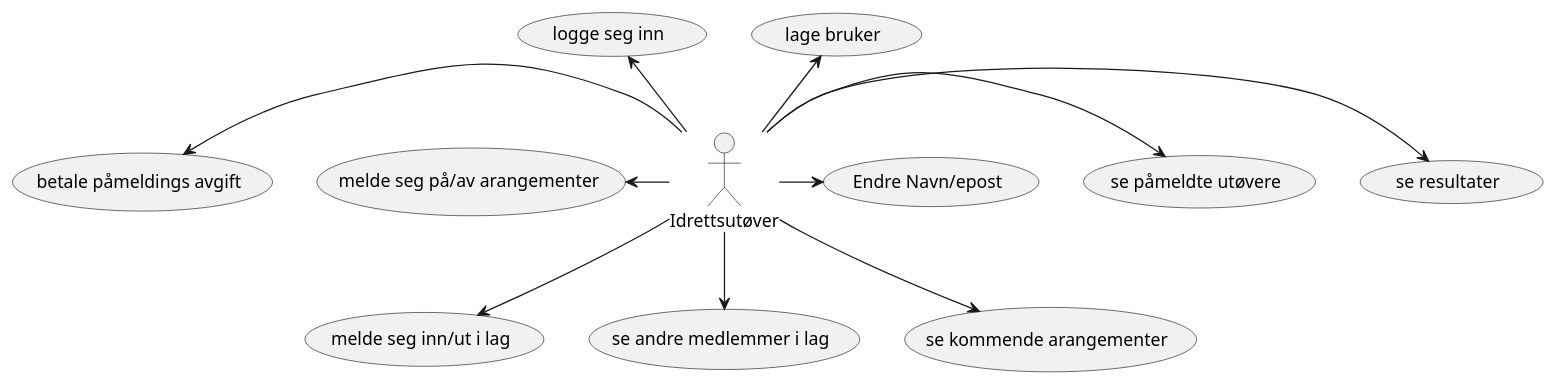
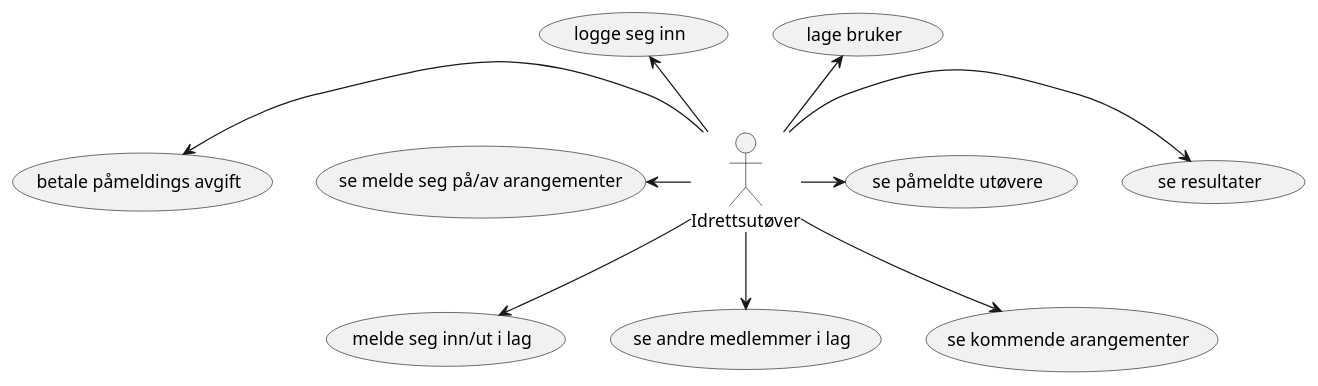
The diagram in idrettsutover.puml (tobbibias/GruppeOppgaven-H2019-Gruppe-11), drawn with PlantUML before and after one commit. The commit also changed 2 other files, not shown here.

```diff
--- a/idrettsutover.puml
+++ b/idrettsutover.puml
@@ -1,16 +1,15 @@
 @startuml
 
 :Idrettsutøver:
 
 Idrettsutøver -up-> (lage bruker)
 Idrettsutøver -up-> (logge seg inn)
 Idrettsutøver --> (melde seg inn/ut i lag)
 Idrettsutøver --> (se andre medlemmer i lag)
 Idrettsutøver --> (se kommende arangementer)
 Idrettsutøver -right-> (se resultater)
-Idrettsutøver -left-> (melde seg på/av arangementer)
+Idrettsutøver -left-> (se melde seg på/av arangementer)
 Idrettsutøver -left-> (betale påmeldings avgift)
 Idrettsutøver -right-> (se påmeldte utøvere)
-Idrettsutøver -> (Endre Navn/epost)
 
 @enduml
```
